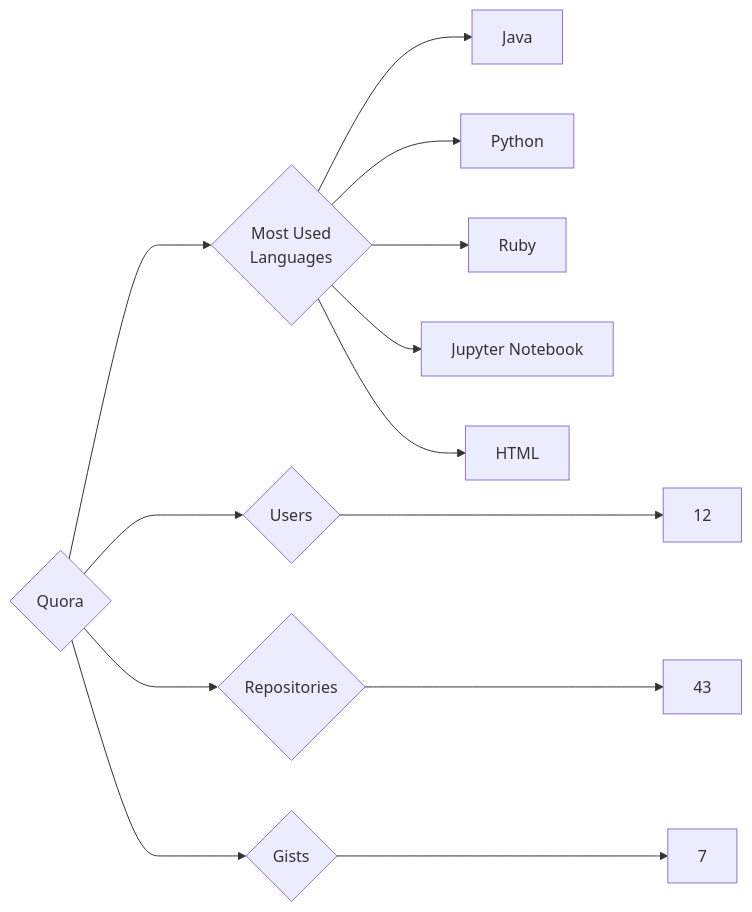
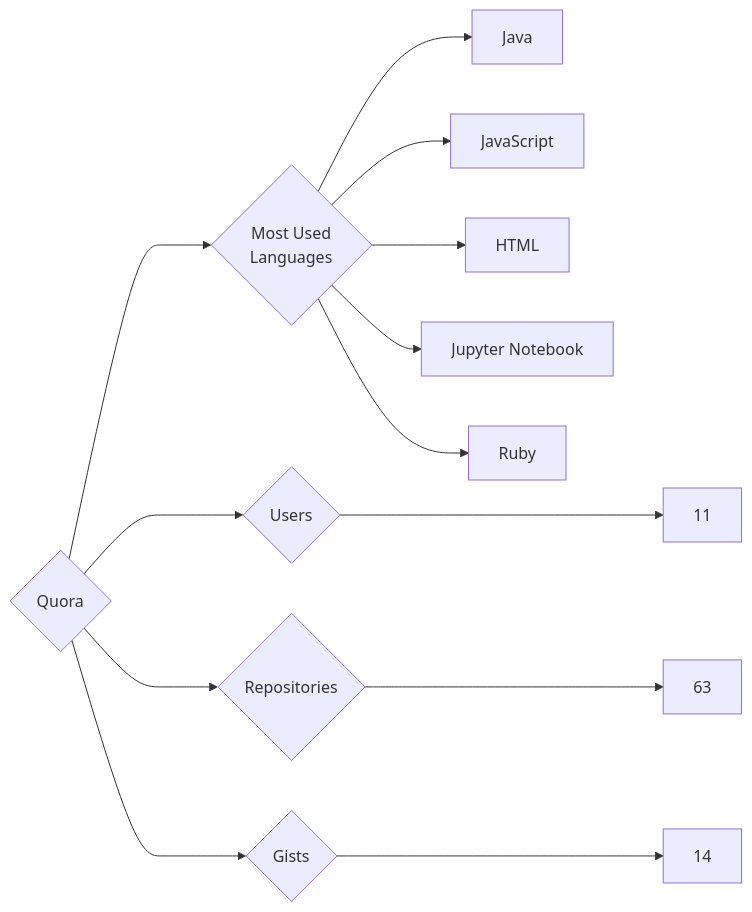
Before and after one commit to trickest/insiders: the diagram in targets/Quora/README.md, drawn with Mermaid. The commit also changed 833 other files, not shown here.

````diff
--- a/targets/Quora/README.md
+++ b/targets/Quora/README.md
@@ -3,13 +3,13 @@
 ```mermaid
 graph LR
 COMPANY_NAME{Quora}
-COMPANY_NAME ---> U{Users} ---> UN[12]
-COMPANY_NAME ---> R{Repositories} ---> RN[43]
-COMPANY_NAME ---> G{Gists} ---> GN[7]
+COMPANY_NAME ---> U{Users} ---> UN[11]
+COMPANY_NAME ---> R{Repositories} ---> RN[63]
+COMPANY_NAME ---> G{Gists} ---> GN[14]
 COMPANY_NAME ---> ML{Most Used<br>Languages}
 ML --> Java[Java]
-ML --> Python[Python]
+ML --> JavaScript[JavaScript]
+ML --> HTML[HTML]
+ML --> Jupyter_Notebook[Jupyter Notebook]
 ML --> Ruby[Ruby]
-ML --> Jupyter_Notebook[Jupyter Notebook]
-ML --> HTML[HTML]
 ```
````
